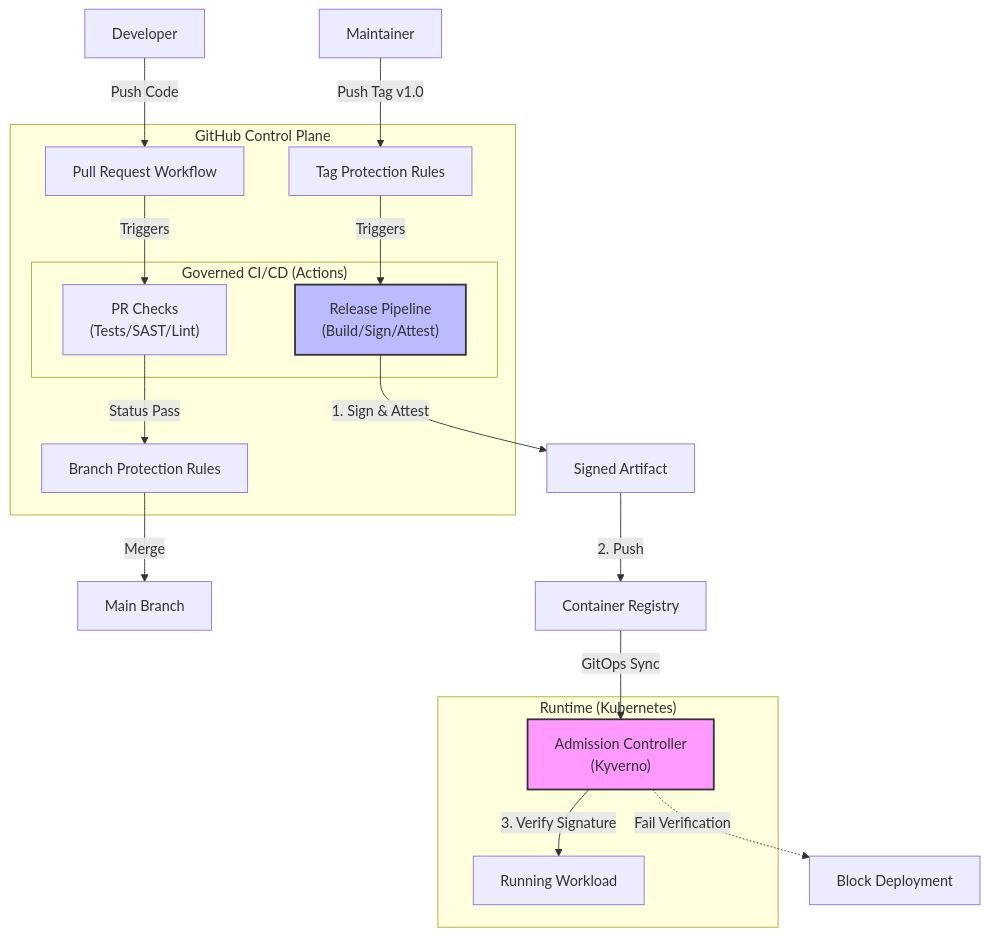
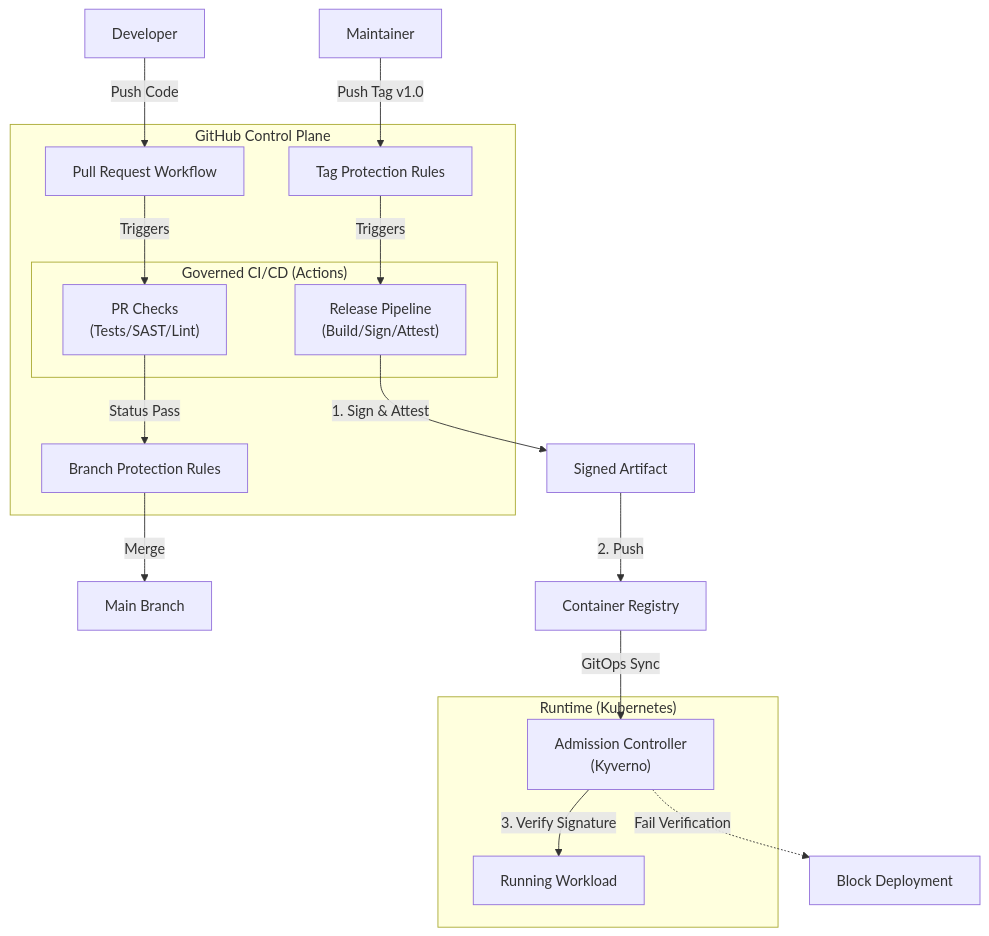
The diagram in docs/GOVERNANCE.md (agslima/software-delivery-pipeline), drawn with Mermaid before and after one commit. The commit also changed other lines of this file, not shown here.

````diff
--- a/docs/GOVERNANCE.md
+++ b/docs/GOVERNANCE.md
@@ -70,45 +73,42 @@
 ```mermaid
 flowchart TB
     %% Actors
     Dev[Developer]
     Maintainer[Maintainer]
 
     %% GitHub Control Plane
     subgraph GitHub["GitHub Control Plane"]
         BR[Branch Protection Rules]
         PR[Pull Request Workflow]
         TAG_RULE[Tag Protection Rules]
         
         subgraph CI["Governed CI/CD (Actions)"]
             Check["PR Checks<br/>(Tests/SAST/Lint)"]
             Build["Release Pipeline<br/>(Build/Sign/Attest)"]
         end
     end
 
     %% Flow
     Dev -->|Push Code| PR
     PR -->|Triggers| Check
     Check -->|Status Pass| BR
     BR -->|Merge| Main[Main Branch]
     
     Maintainer -->|Push Tag v1.0| TAG_RULE
     TAG_RULE -->|Triggers| Build
 
     %% Artifact Flow
     Build -->|1. Sign & Attest| IMG["Signed Artifact"]
     IMG -->|2. Push| REG[Container Registry]
 
     %% Runtime
     subgraph RUNTIME["Runtime (Kubernetes)"]
         ADM["Admission Controller<br/>(Kyverno)"]
         POD[Running Workload]
     end
 
     REG -->|GitOps Sync| ADM
     ADM -->|3. Verify Signature| POD
     ADM -.->|Fail Verification| BLOCK[Block Deployment]
 
-    %% Styles
-    style ADM fill:#f9f,stroke:#333,stroke-width:2px
-    style Build fill:#bbf,stroke:#333,stroke-width:2px
 ```
````
